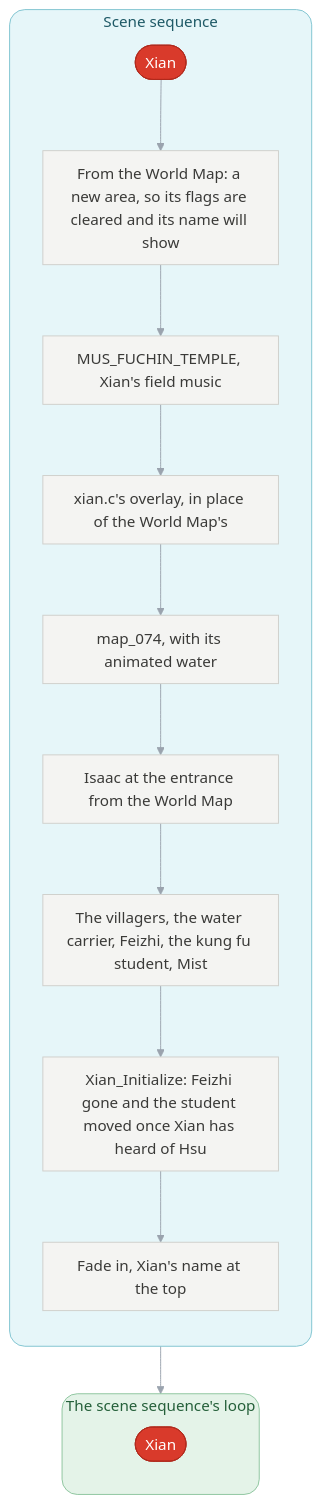
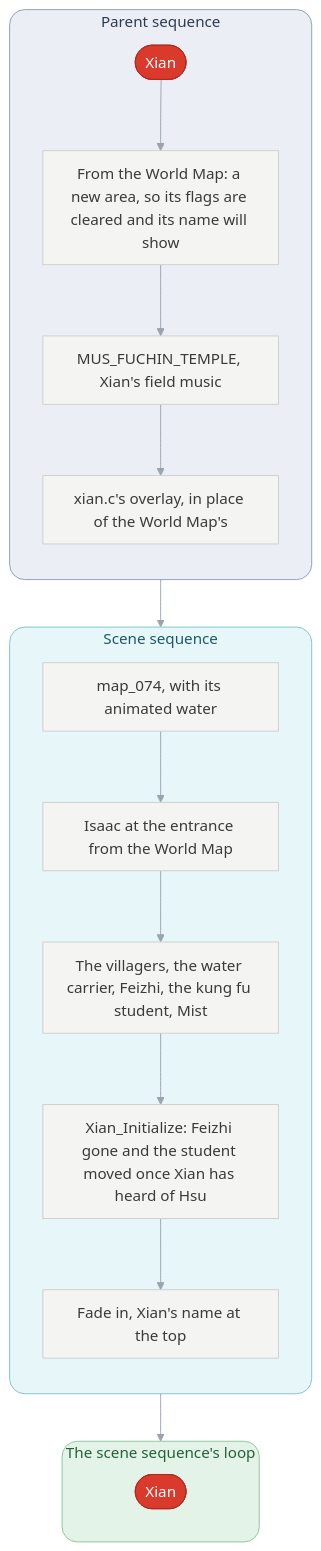
Before and after one commit to PascalPixel/alchemy: the sixth of 9 diagrams in games/tbs/README.md, drawn with Mermaid. The commit also changed other lines of this file and 19 other files, not shown here.

````diff
--- a/games/tbs/README.md
+++ b/games/tbs/README.md
@@ -284,28 +285,33 @@
 ```mermaid
 %%{init: {"theme": "base", "themeVariables": {"lineColor": "#9AA3AE", "edgeLabelBackground": "#FFFFFF"}, "flowchart": {"curve": "basis", "padding": 12}}}%%
 flowchart TD
-  subgraph seq ["Scene sequence"]
+  subgraph ps ["Parent sequence"]
     direction TB
     pick(["Xian"]) --> arrive["From the World Map: a new area, so its flags are cleared and its name will show"]
     arrive --> music["MUS_FUCHIN_TEMPLE, Xian's field music"] --> code["xian.c's overlay, in place of the World Map's"]
-    code --> map["map_074, with its animated water"] --> place["Isaac at the entrance from the World Map"]
+  end
+  subgraph seq ["Scene sequence"]
+    direction TB
+    map["map_074, with its animated water"] --> place["Isaac at the entrance from the World Map"]
     place --> actors["The villagers, the water carrier, Feizhi, the kung fu student, Mist"]
     actors --> own["Xian_Initialize: Feizhi gone and the student moved once Xian has heard of Hsu"]
     own --> fade["Fade in, Xian's name at the top"]
   end
+  code --> map
   fade --> mgr
   subgraph mgr ["The scene sequence's loop"]
     run(["Xian"])
   end
   classDef parentSequence fill:#DDE3EC,stroke:#8FA0B8,color:#2E3C50
   classDef sceneSequence fill:#D2EEF3,stroke:#7FC3D0,color:#1E5966
   classDef battle fill:#F6D5D2,stroke:#D9928B,color:#8A2A22
   classDef sceneLoop fill:#D3EBD9,stroke:#8DC49E,color:#25603A
   classDef request fill:#FBE7C6,stroke:#E0B46A,color:#7A5212
   classDef place fill:#D93A2B,stroke:#B02A1D,color:#FFFFFF
   classDef step fill:#F4F4F2,stroke:#CFCFCB,color:#3A3A38
   class pick,run place
   class arrive,music,code,map,place,actors,own,fade step
+  style ps fill:#EBEFF5,stroke:#8FA0B8,color:#2E3C50,rx:16,ry:16
   style seq fill:#E6F6F9,stroke:#7FC3D0,color:#1E5966,rx:16,ry:16
   style mgr fill:#E4F3E8,stroke:#8DC49E,color:#25603A,rx:16,ry:16
 ```
````
